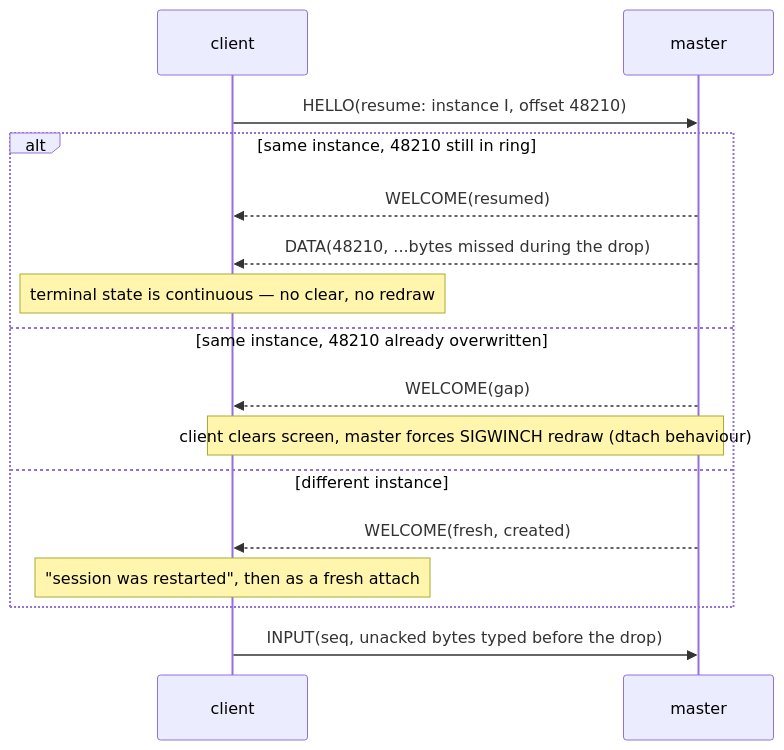
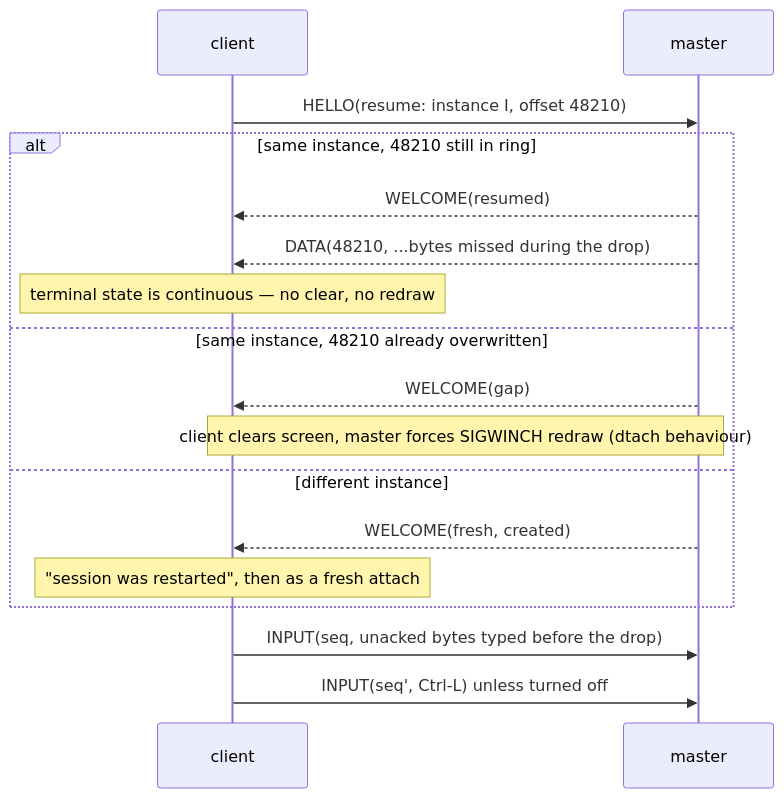
The third of 4 diagrams in docs/DESIGN.md (michel-onstein/acs), drawn with Mermaid before and after one commit. The commit also changed other lines of this file and 15 other files, not shown here.

````diff
--- a/docs/DESIGN.md
+++ b/docs/DESIGN.md
@@ -363,18 +363,19 @@
 ```mermaid
 sequenceDiagram
     participant C as client
     participant M as master
     C->>M: HELLO(resume: instance I, offset 48210)
     alt same instance, 48210 still in ring
         M-->>C: WELCOME(resumed)
         M-->>C: DATA(48210, ...bytes missed during the drop)
         Note over C: terminal state is continuous — no clear, no redraw
     else same instance, 48210 already overwritten
         M-->>C: WELCOME(gap)
         Note over C,M: client clears screen, master forces SIGWINCH redraw (dtach behaviour)
     else different instance
         M-->>C: WELCOME(fresh, created)
         Note over C: "session was restarted", then as a fresh attach
     end
     C->>M: INPUT(seq, unacked bytes typed before the drop)
+    C->>M: INPUT(seq', Ctrl-L) unless turned off
 ```
````
